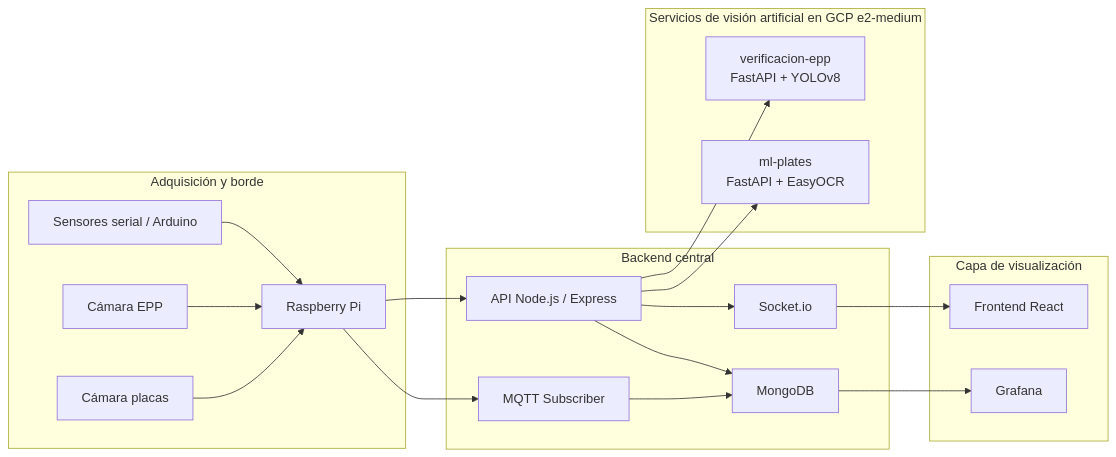
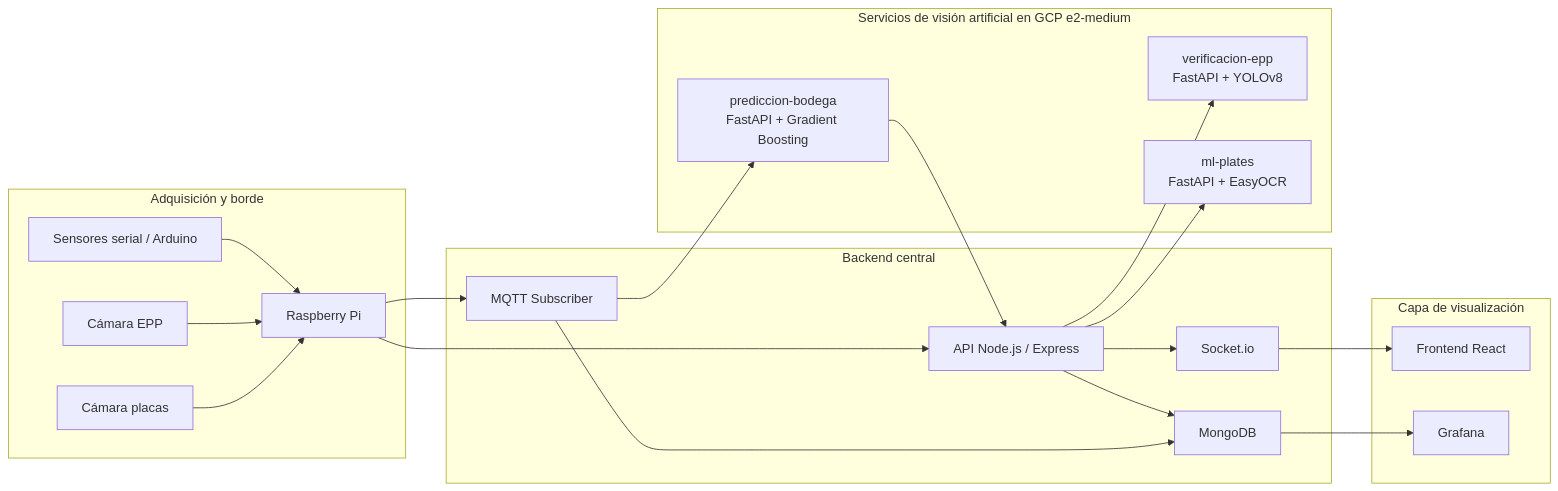
The first of 3 diagrams in Fase3/Documentacion/Manual_Tecnico.md (hugoarana89/Arqui2_Fase2), drawn with Mermaid before and after one commit. The commit also changed other lines of this file, not shown here.

````diff
--- a/Fase3/Documentacion/Manual_Tecnico.md
+++ b/Fase3/Documentacion/Manual_Tecnico.md
@@ -13,39 +13,42 @@
 ```mermaid
 flowchart LR
 	subgraph Sensores_y_Raspberry[Adquisición y borde]
 		A1[Sensores serial / Arduino]
 		A2[Raspberry Pi]
 		A3[Cámara EPP]
 		A4[Cámara placas]
 	end
 
 	subgraph Backend[Backend central]
 		B1[API Node.js / Express]
 		B2[MQTT Subscriber]
 		B3[Socket.io]
 		B4[MongoDB]
 	end
 
 	subgraph IA[Servicios de visión artificial en GCP e2-medium]
 		C1[verificacion-epp\nFastAPI + YOLOv8]
 		C2[ml-plates\nFastAPI + EasyOCR]
+		C3[prediccion-bodega\nFastAPI + Gradient Boosting]
 	end
 
 	subgraph Visualizacion[Capa de visualización]
 		D1[Frontend React]
 		D2[Grafana]
 	end
 
 	A1 --> A2
 	A3 --> A2
 	A4 --> A2
 	A2 --> B1
 	A2 --> B2
 	B1 --> C1
 	B1 --> C2
+	B2 --> C3
 	B1 --> B4
 	B2 --> B4
 	B3 --> D1
 	B4 --> D2
 	B1 --> B3
+	C3 --> B1
 ```
````
